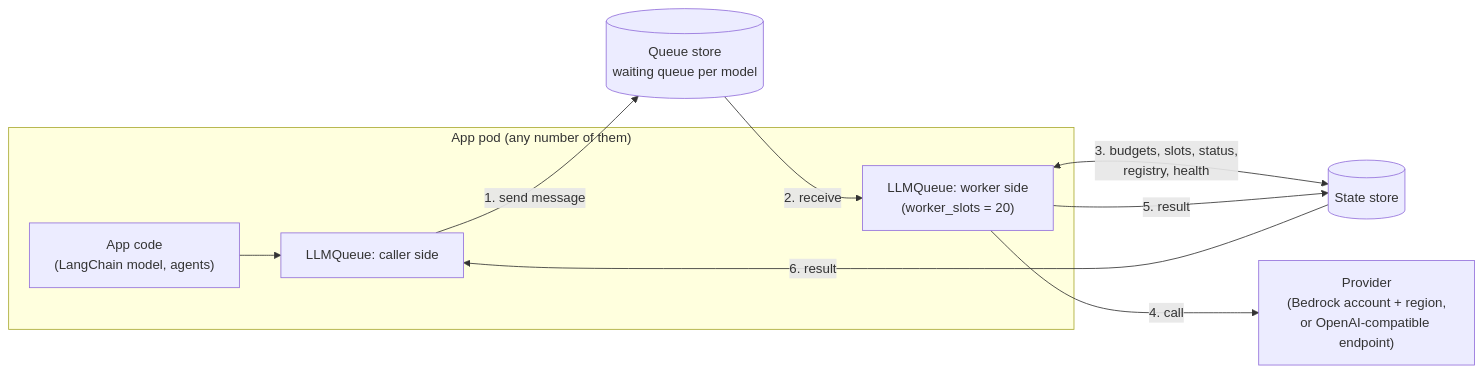
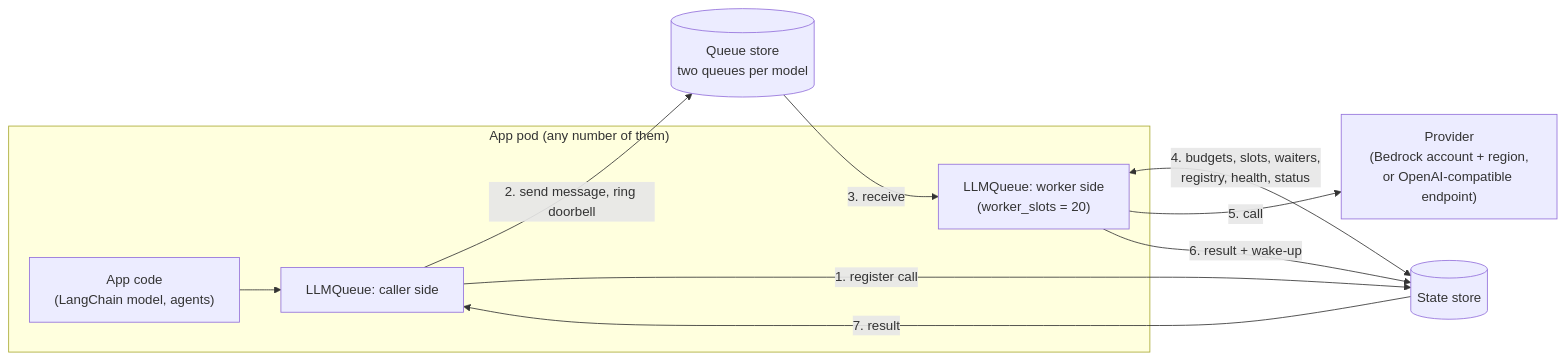
One commit to techiewonk/taskiq-llm-queue changed the first of 2 diagrams in docs/ACCOUNT_ROUTING_WALKTHROUGH.md. Above: the diagram before and after it, drawn with Mermaid. The commit also changed other lines of this file and 85 other files, not shown here.

````diff
--- a/docs/ACCOUNT_ROUTING_WALKTHROUGH.md
+++ b/docs/ACCOUNT_ROUTING_WALKTHROUGH.md
@@ -17,13 +19,14 @@
 ```mermaid
 flowchart LR
   subgraph POD["App pod (any number of them)"]
     APP["App code<br/>(LangChain model, agents)"] --> CAL["LLMQueue: caller side"]
     WRK["LLMQueue: worker side<br/>(worker_slots = 20)"]
   end
-  CAL -->|"1. send message"| QS[("Queue store<br/>waiting queue per model")]
-  QS -->|"2. receive"| WRK
-  WRK <-->|"3. budgets, slots, status,<br/>registry, health"| SS[("State store")]
-  WRK -->|"4. call"| PRV["Provider<br/>(Bedrock account + region,<br/>or OpenAI-compatible endpoint)"]
-  WRK -->|"5. result"| SS
-  SS -->|"6. result"| CAL
+  CAL -->|"2. send message, ring doorbell"| QS[("Queue store<br/>two queues per model")]
+  QS -->|"3. receive"| WRK
+  CAL -->|"1. register call"| SS[("State store")]
+  WRK <-->|"4. budgets, slots, waiters,<br/>registry, health, status"| SS
+  WRK -->|"5. call"| PRV["Provider<br/>(Bedrock account + region,<br/>or OpenAI-compatible endpoint)"]
+  WRK -->|"6. result + wake-up"| SS
+  SS -->|"7. result"| CAL
 ```
````
